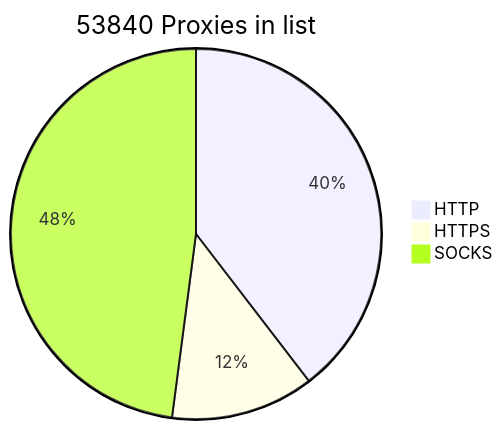
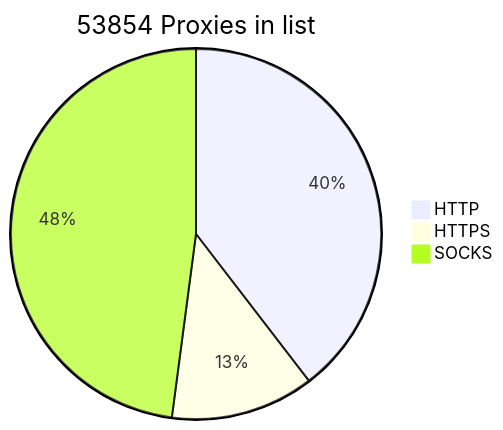
The diagram in README.md (BlackSnowDot/proxylist-update-every-minute), drawn with Mermaid before and after one commit.

````diff
--- a/README.md
+++ b/README.md
@@ -2,6 +2,6 @@
 ```mermaid
-pie title 53840 Proxies in list
-    "HTTP" : 23846
-    "HTTPS": 7528
+pie title 53854 Proxies in list
+    "HTTP" : 23847
+    "HTTPS": 7544
     "SOCKS" : 28878
 ```
````
